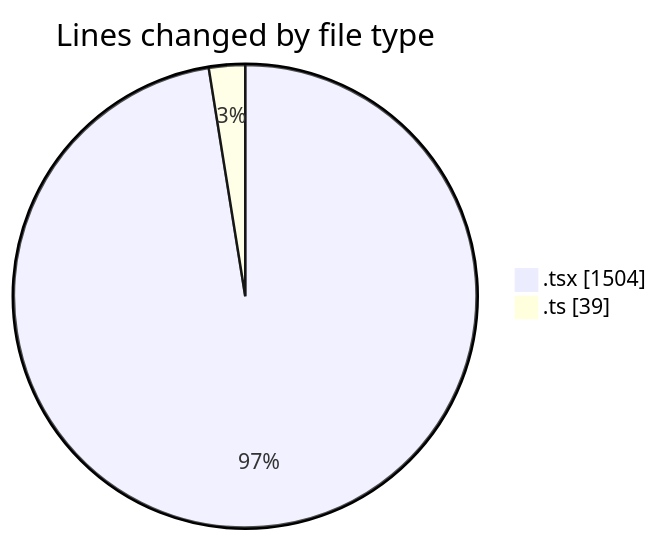
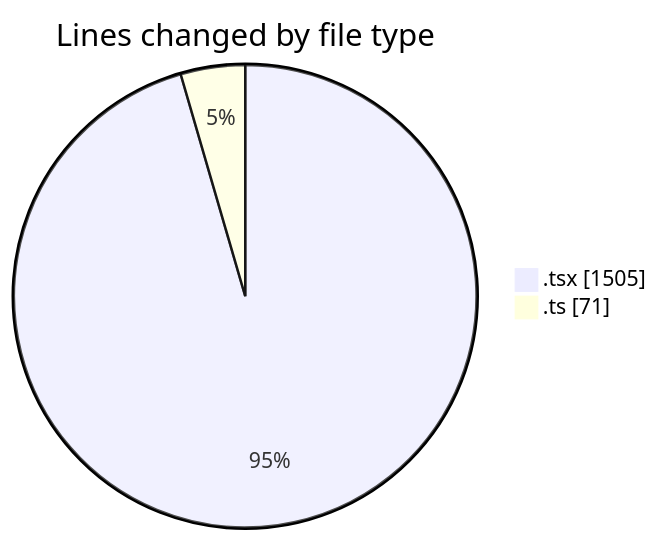
The first of 2 diagrams in 2025-02-11/cda/README.md (momahboobian/code-tracking), drawn with Mermaid before and after one commit. The commit also changed other lines of this file and 1 other file, not shown here.

````diff
--- a/2025-02-11/cda/README.md
+++ b/2025-02-11/cda/README.md
@@ -23,6 +23,6 @@
 ```mermaid
 pie showData
 title Lines changed by file type
-".tsx" : 1504
-".ts" : 39
+".tsx" : 1505
+".ts" : 71
 ```
````
